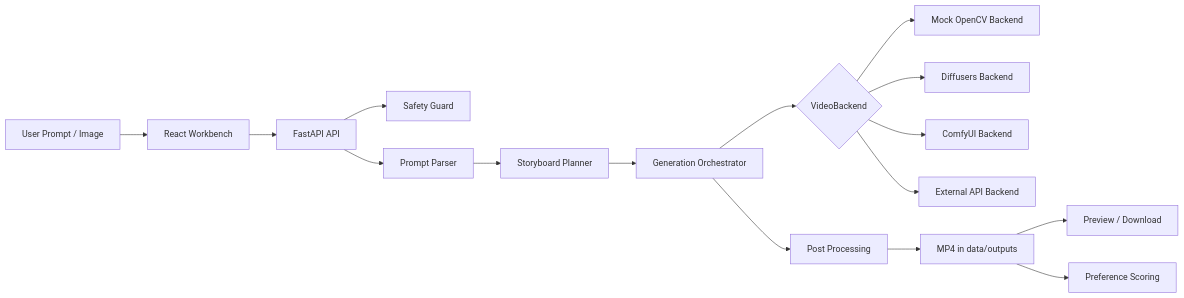
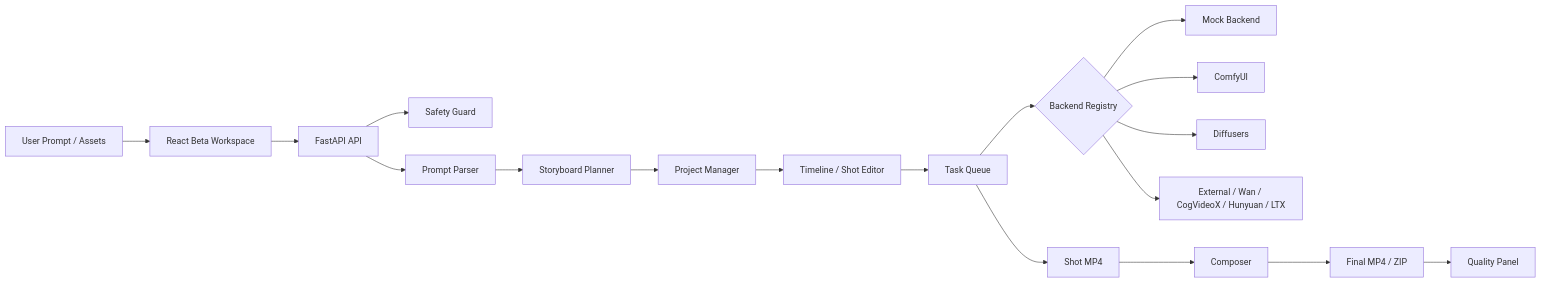
One commit to siner9586/aivideo changed the diagram in README.md. Above: the diagram before and after it, drawn with Mermaid. The commit also changed other lines of this file, not shown here.

Commit message:
Update README for Phase 2 beta workspace

````diff
--- a/README.md
+++ b/README.md
@@ -22,18 +24,20 @@
 ```mermaid
 flowchart LR
-  U[User Prompt / Image] --> W[React Workbench]
+  U[User Prompt / Assets] --> W[React Beta Workspace]
   W --> API[FastAPI API]
   API --> SG[Safety Guard]
   API --> PP[Prompt Parser]
   PP --> SB[Storyboard Planner]
-  SB --> GEN[Generation Orchestrator]
-  GEN --> B{VideoBackend}
-  B --> M[Mock OpenCV Backend]
-  B --> D[Diffusers Backend]
-  B --> C[ComfyUI Backend]
-  B --> E[External API Backend]
-  GEN --> POST[Post Processing]
-  POST --> OUT[MP4 in data/outputs]
-  OUT --> WEB[Preview / Download]
-  OUT --> SCORE[Preference Scoring]
+  SB --> PRJ[Project Manager]
+  PRJ --> TL[Timeline / Shot Editor]
+  TL --> Q[Task Queue]
+  Q --> BR{Backend Registry}
+  BR --> M[Mock Backend]
+  BR --> C[ComfyUI]
+  BR --> D[Diffusers]
+  BR --> E[External / Wan / CogVideoX / Hunyuan / LTX]
+  Q --> OUT[Shot MP4]
+  OUT --> CMP[Composer]
+  CMP --> FINAL[Final MP4 / ZIP]
+  FINAL --> QA[Quality Panel]
 ```
````
